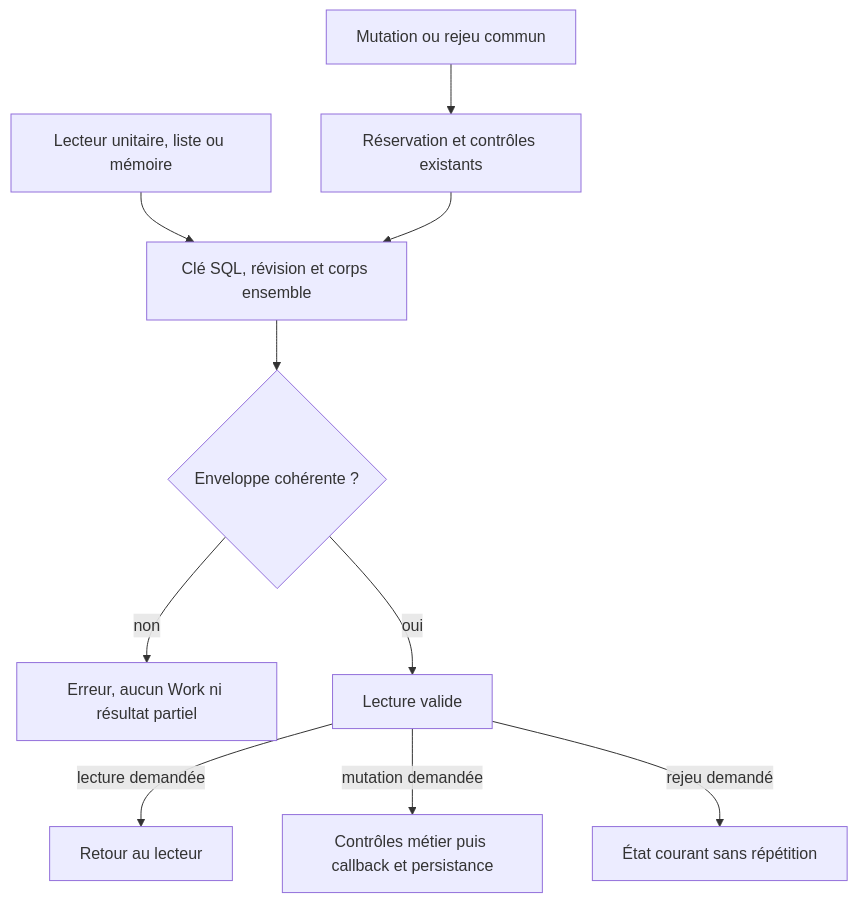
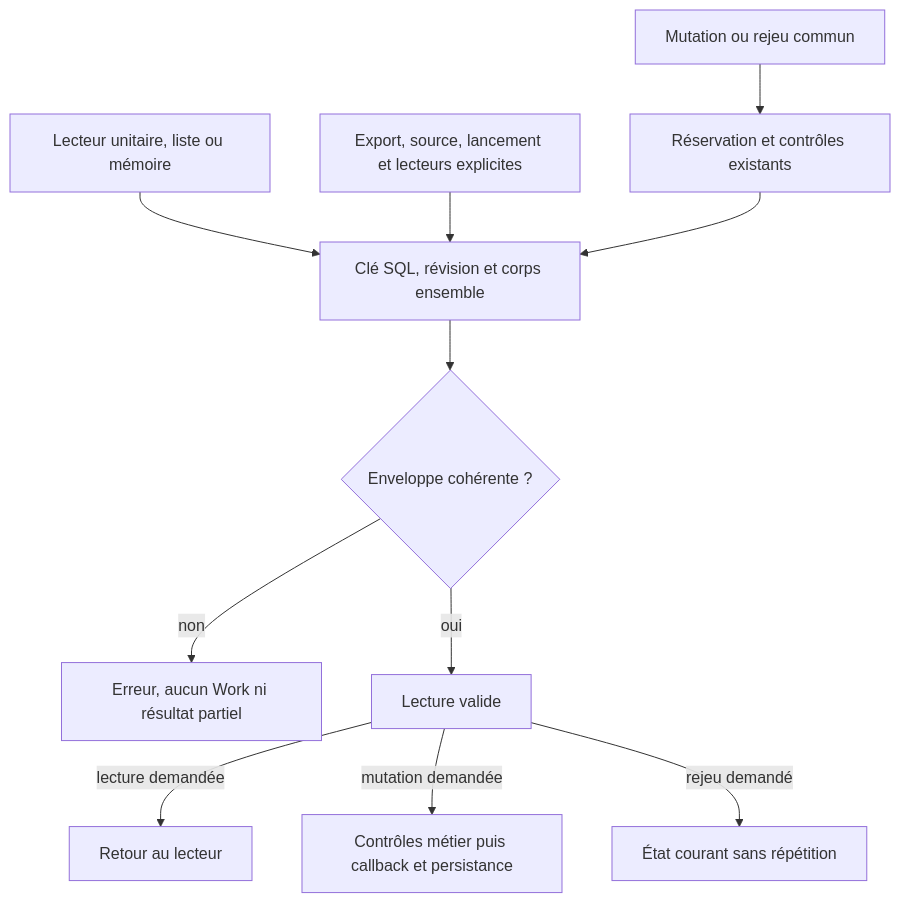
The first of 2 diagrams in docs/architecture/WORK-ROW-CONTRACT.md (mo0ogly/swarm), drawn with Mermaid before and after one commit. The commit also changed other lines of this file and 1350 other files, not shown here.

````diff
--- a/docs/architecture/WORK-ROW-CONTRACT.md
+++ b/docs/architecture/WORK-ROW-CONTRACT.md
@@ -50,12 +60,13 @@
 ```mermaid
 flowchart TD
   A[Lecteur unitaire, liste ou mémoire] --> C[Clé SQL, révision et corps ensemble]
   B[Mutation ou rejeu commun] --> R[Réservation et contrôles existants]
+  X[Export, source, lancement et lecteurs explicites] --> C
   R --> C
   C --> V{Enveloppe cohérente ?}
   V -->|non| E[Erreur, aucun Work ni résultat partiel]
   V -->|oui| D[Lecture valide]
   D -->|lecture demandée| L[Retour au lecteur]
   D -->|mutation demandée| M[Contrôles métier puis callback et persistance]
   D -->|rejeu demandé| J[État courant sans répétition]
 ```
````
